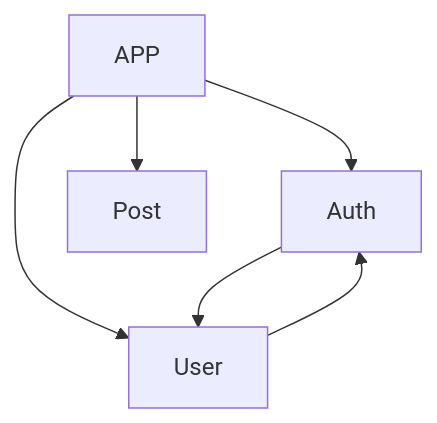
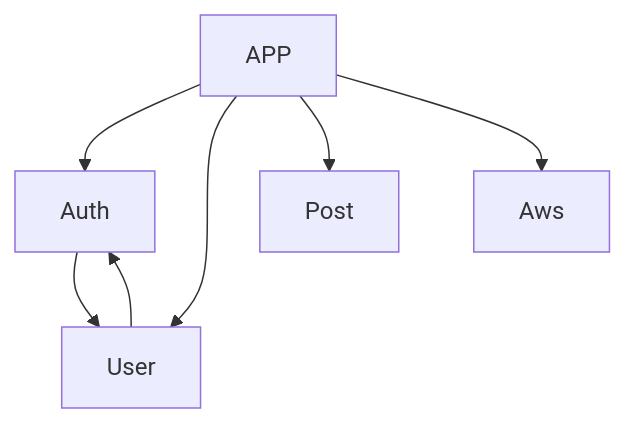
The diagram in README.md (Pushedsu/PetCare-Server), drawn with Mermaid before and after one commit.

Commit message:
Read Me 파일 수정

````diff
--- a/README.md
+++ b/README.md
@@ -32,8 +32,9 @@
 ```mermaid
 graph TD;
     APP-->Auth;
+    Auth-->User;
+    User-->Auth;
     APP-->User;
     APP-->Post;
-    Auth-->User;
-    User-->Auth;
+    APP-->Aws;
 ```
````
